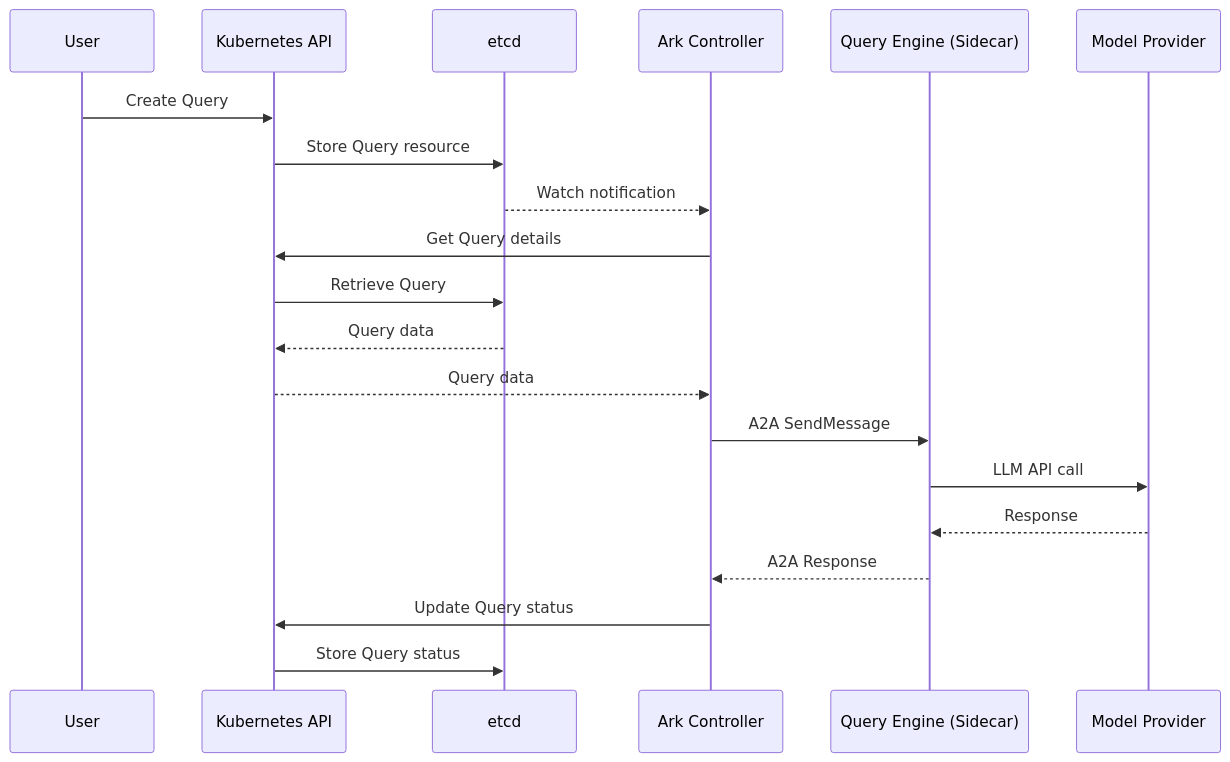
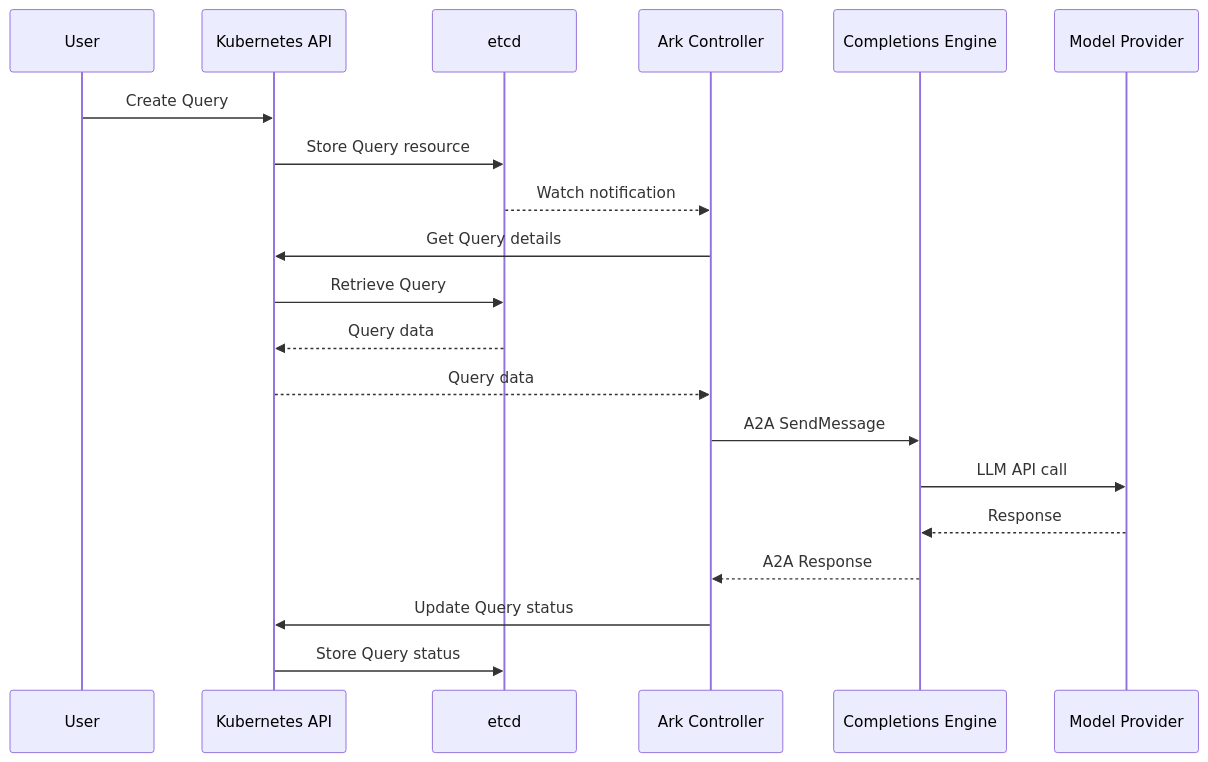
The first of 4 diagrams in docs/content/reference/core-architecture.mdx (moeinghaeini/agents-at-scale-ark), drawn with Mermaid before and after one commit. The commit also changed other lines of this file and 189 other files, not shown here.

````diff
--- a/docs/content/reference/core-architecture.mdx
+++ b/docs/content/reference/core-architecture.mdx
@@ -23,23 +23,23 @@
 ```mermaid
 sequenceDiagram
     participant User
     participant KubeAPI as Kubernetes API
     participant etcd as etcd
     participant Controller as Ark Controller
-    participant Engine as Query Engine (Sidecar)
+    participant Engine as Completions Engine
     participant Model as Model Provider
 
     User->>KubeAPI: Create Query
     KubeAPI->>etcd: Store Query resource
     etcd-->>Controller: Watch notification
     Controller->>KubeAPI: Get Query details
     KubeAPI->>etcd: Retrieve Query
     etcd-->>KubeAPI: Query data
     KubeAPI-->>Controller: Query data
     Controller->>Engine: A2A SendMessage
     Engine->>Model: LLM API call
     Model-->>Engine: Response
     Engine-->>Controller: A2A Response
     Controller->>KubeAPI: Update Query status
     KubeAPI->>etcd: Store Query status
 ```
````
